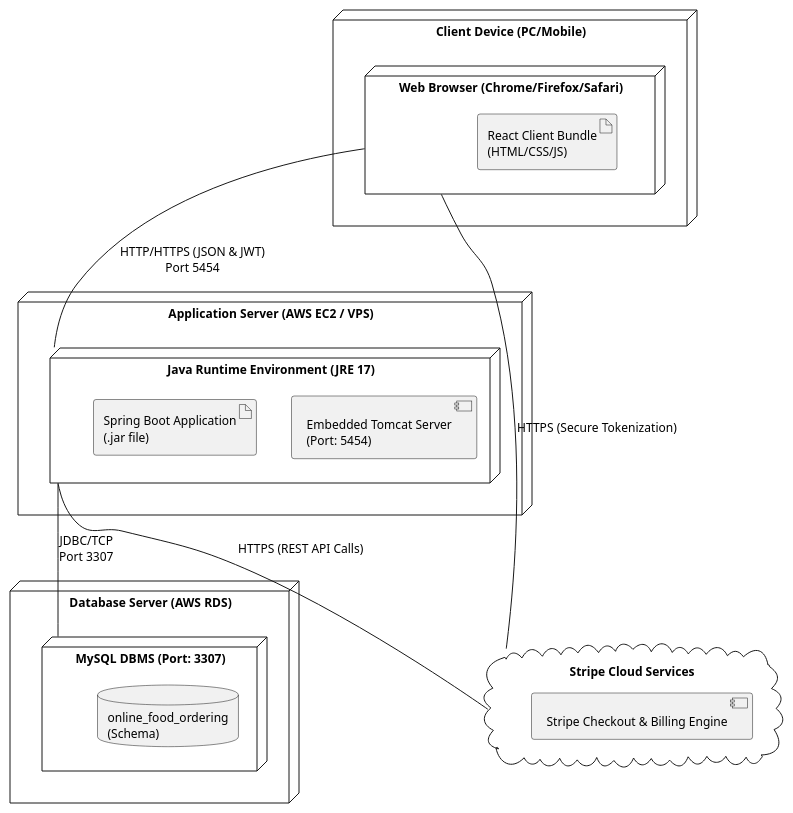
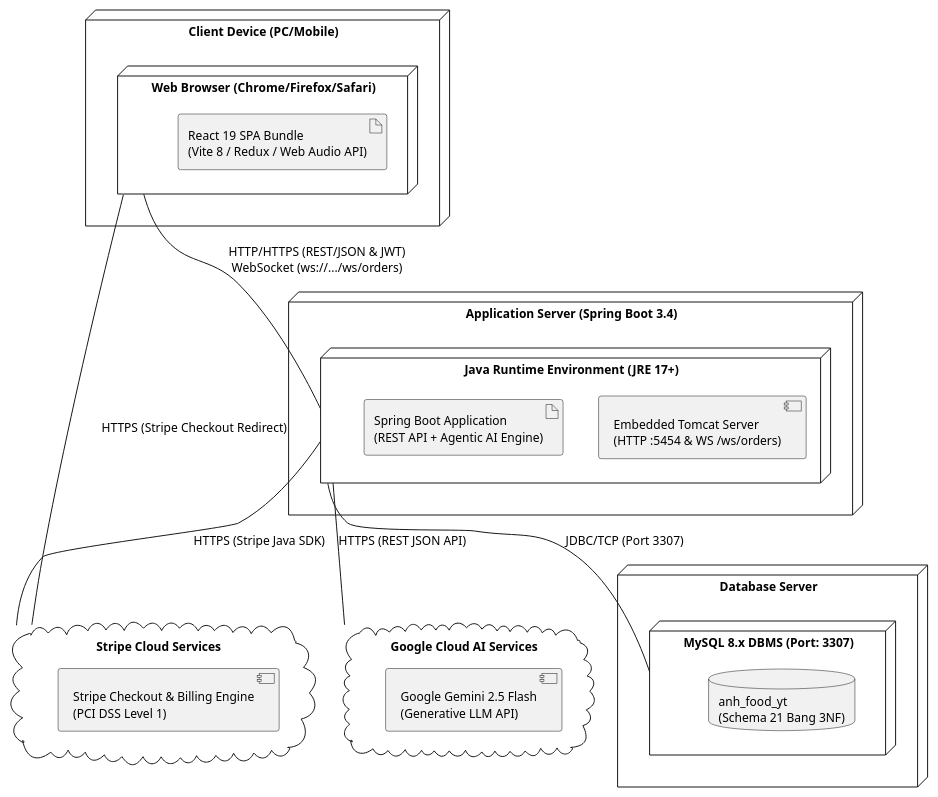
Before and after one commit to lequocanh1401/Online-Food-Ordering: the diagram in uet-graduation-thesis/figures/fig_deployment.puml, drawn with PlantUML. The commit also changed 22 other files, not shown here.

Commit message:
docs(thesis): dong bo toan bo bao cao, so do UML/ERD va anh chup giao dien thuc te voi phien ban he thong moi nhat

```diff
--- a/uet-graduation-thesis/figures/fig_deployment.puml
+++ b/uet-graduation-thesis/figures/fig_deployment.puml
@@ -1,35 +1,40 @@
 @startuml
 skinparam monochrome true
 skinparam shadowing false
 skinparam defaultFontName Arial
 skinparam DefaultFontSize 12
 
 node "Client Device (PC/Mobile)" {
     node "Web Browser (Chrome/Firefox/Safari)" as browser {
-        artifact "React Client Bundle\n(HTML/CSS/JS)" as react
+        artifact "React 19 SPA Bundle\n(Vite 8 / Redux / Web Audio API)" as react
     }
 }
 
-node "Application Server (AWS EC2 / VPS)" {
-    node "Java Runtime Environment (JRE 17)" as jre {
-        component "Embedded Tomcat Server\n(Port: 5454)" as tomcat
-        artifact "Spring Boot Application\n(.jar file)" as spring
+node "Application Server (Spring Boot 3.4)" {
+    node "Java Runtime Environment (JRE 17+)" as jre {
+        component "Embedded Tomcat Server\n(HTTP :5454 & WS /ws/orders)" as tomcat
+        artifact "Spring Boot Application\n(REST API + Agentic AI Engine)" as spring
     }
 }
 
-node "Database Server (AWS RDS)" {
-    node "MySQL DBMS (Port: 3307)" as mysql {
-        database "online_food_ordering\n(Schema)" as db
+node "Database Server" {
+    node "MySQL 8.x DBMS (Port: 3307)" as mysql {
+        database "anh_food_yt\n(Schema 21 Bang 3NF)" as db
     }
 }
 
 cloud "Stripe Cloud Services" as stripe {
-    component "Stripe Checkout & Billing Engine" as stripe_engine
+    component "Stripe Checkout & Billing Engine\n(PCI DSS Level 1)" as stripe_engine
 }
 
-browser -- jre : "HTTP/HTTPS (JSON & JWT)\nPort 5454"
-browser -- stripe : "HTTPS (Secure Tokenization)"
-jre -- mysql : "JDBC/TCP\nPort 3307"
-jre -- stripe : "HTTPS (REST API Calls)"
+cloud "Google Cloud AI Services" as google_ai {
+    component "Google Gemini 2.5 Flash\n(Generative LLM API)" as gemini_engine
+}
+
+browser -- jre : "HTTP/HTTPS (REST/JSON & JWT)\nWebSocket (ws://.../ws/orders)"
+browser -- stripe : "HTTPS (Stripe Checkout Redirect)"
+jre -- mysql : "JDBC/TCP (Port 3307)"
+jre -- stripe : "HTTPS (Stripe Java SDK)"
+jre -- google_ai : "HTTPS (REST JSON API)"
 
 @enduml
```
